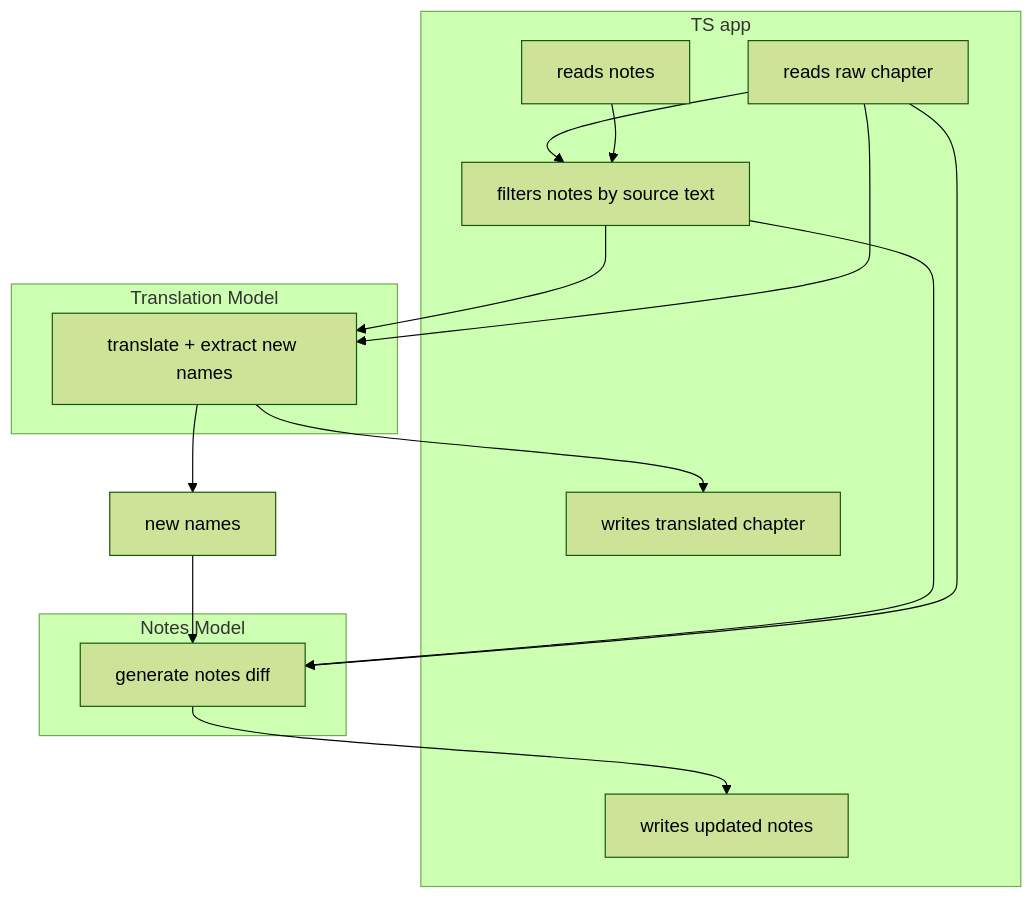
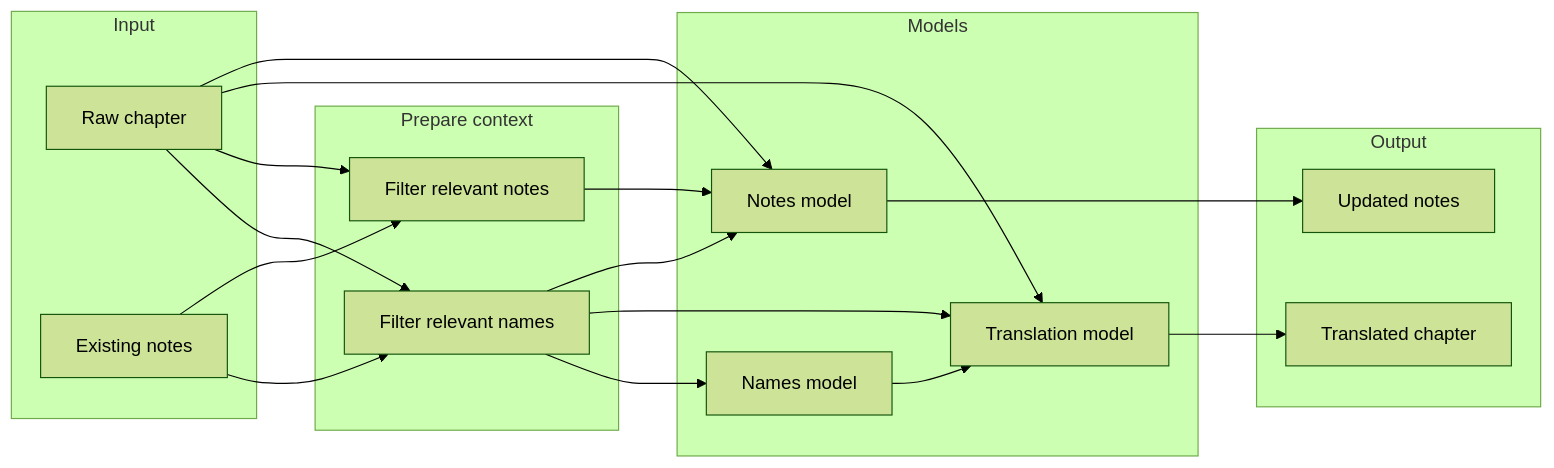
The diagram in apps/translator/README.md (piku-afk/learn-ai-harness), drawn with Mermaid (forest theme) before and after one commit. The commit also changed 6 other files, not shown here.

Commit message:
feat: add new names extraction functionality and update translation workflow

````diff
--- a/apps/translator/README.md
+++ b/apps/translator/README.md
@@ -5,29 +5,41 @@
 ```mermaid
-flowchart TD
-    subgraph APP["TS app"]
-        RC["reads raw chapter"]
-        RN["reads notes"]
-        FN["filters notes by source text"]
-        TC["writes translated chapter"]
-        WN["writes updated notes"]
+flowchart LR
+    subgraph INPUT["Input"]
+        RC["Raw chapter"]
+        RN["Existing notes"]
     end
 
-    subgraph MODEL1["Translation Model"]
-        TM["translate + extract new names"]
+    subgraph PREP["Prepare context"]
+        FN["Filter relevant names"]
+        FN2["Filter relevant notes"]
     end
 
-    subgraph MODEL2["Notes Model"]
-        NM["generate notes diff"]
+    subgraph MODELS["Models"]
+        NM["Names model"]
+        TM["Translation model"]
+        NDM["Notes model"]
+    end
+
+    subgraph OUTPUT["Output"]
+        TC["Translated chapter"]
+        WN["Updated notes"]
     end
 
     RC --> FN
     RN --> FN
+
+    RC --> FN2
+    RN --> FN2
+
+    FN --> NM
+
+    RC --> TM
     FN --> TM
-    RC --> TM
+    NM --> TM
     TM --> TC
-    TM --> NN["new names"]
-    NN --> NM
-    FN --> NM
-    RC --> NM
-    NM --> WN
+
+    RC --> NDM
+    FN --> NDM
+    FN2 --> NDM
+    NDM --> WN
 ```
````
